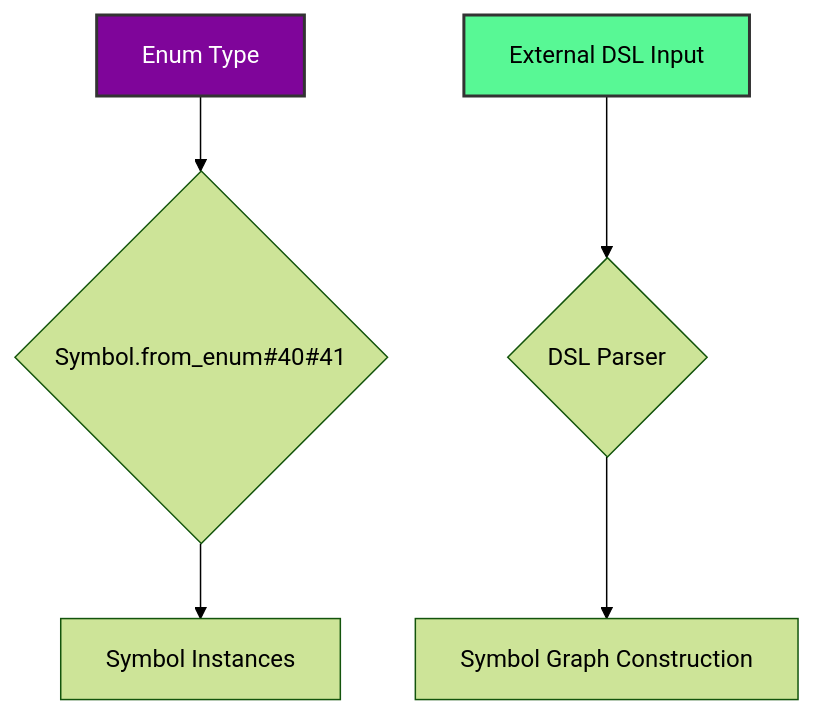
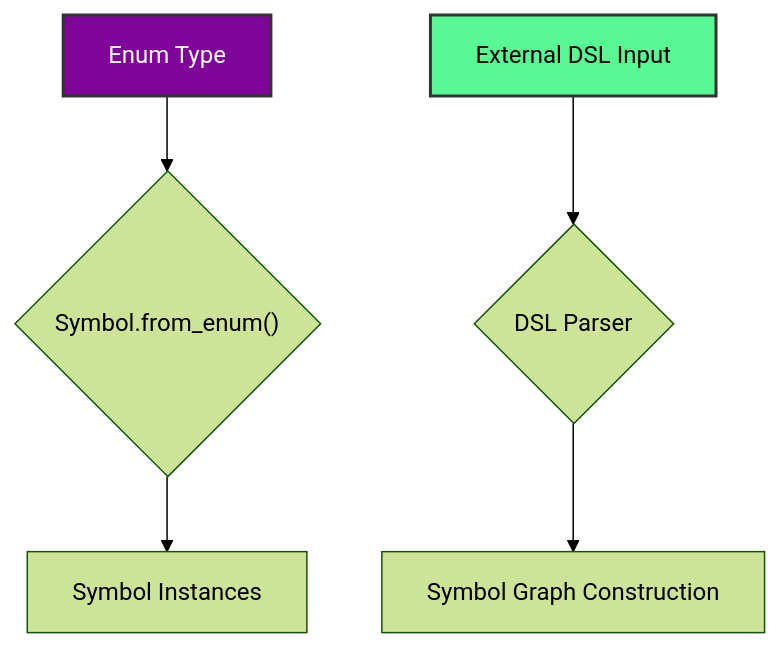
The fourth of 4 diagrams in docs/readme_details/11_extensibility/index.md (ikko/sym), drawn with Mermaid (forest theme) before and after one commit. The commit also changed other lines of this file and 17 other files, not shown here.

````diff
--- a/docs/readme_details/11_extensibility/index.md
+++ b/docs/readme_details/11_extensibility/index.md
@@ -212,12 +212,12 @@
 ```mermaid
 graph TD
-    A[Enum Type] --> B{Symbol.from_enum#40#41};
+    A[Enum Type] --> B{Symbol.from_enum#40;#41;};
     B --> C[Symbol Instances];
 
     X[External DSL Input] --> Y{DSL Parser};
     Y --> Z[Symbol Graph Construction];
     style X fill:#58f895,stroke:#333,stroke-width:2px,color:#000000;
 
     style A fill:#7f059a,stroke:#333,stroke-width:2px,color:#FFFFFF;
     style X fill:#58f895,stroke:#333,stroke-width:2px,color:#000000;
 ```
````
